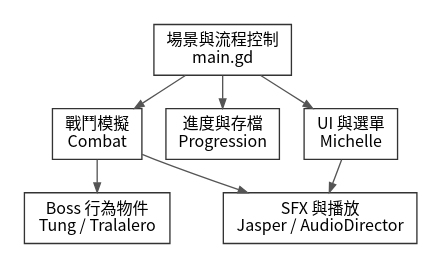
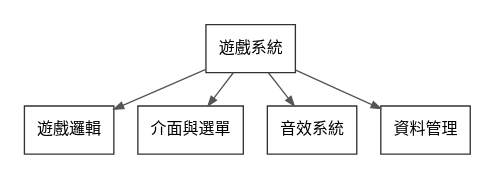
Before and after one commit to MoobyMoo/AOOP-Last-Order: the diagram in docs/assets/proposal-architecture.dot, drawn with Graphviz. The commit also changed 6 other files, not shown here.

Commit message:
Simplify proposal scope and architecture and remove character details

```diff
--- a/docs/assets/proposal-architecture.dot
+++ b/docs/assets/proposal-architecture.dot
@@ -1,19 +1,15 @@
 digraph architecture {
   graph [rankdir=TB, bgcolor="white", pad="0.15", nodesep="0.25", ranksep="0.35"];
   node [shape=box, fontname="Noto Sans CJK TC", fontsize=12, margin="0.13,0.08", color="#333333"];
   edge [color="#555555", arrowsize=0.7];
-  main [label="場景與流程控制\nmain.gd"];
-  combat [label="戰鬥模擬\nCombat"];
-  progress [label="進度與存檔\nProgression"];
-  ui [label="UI 與選單\nMichelle"];
-  encounter [label="Boss 行為物件\nTung / Tralalero"];
-  audio [label="SFX 與播放\nJasper / AudioDirector"];
-  main -> combat;
-  main -> progress;
+  main [label="遊戲系統"];
+  logic [label="遊戲邏輯"];
+  ui [label="介面與選單"];
+  audio [label="音效系統"];
+  data [label="資料管理"];
+  main -> logic;
   main -> ui;
-  combat -> encounter;
-  combat -> audio;
-  ui -> audio;
-  {rank=same; combat; progress; ui;}
-  {rank=same; encounter; audio;}
+  main -> audio;
+  main -> data;
+  {rank=same; logic; ui; audio; data;}
 }
```
